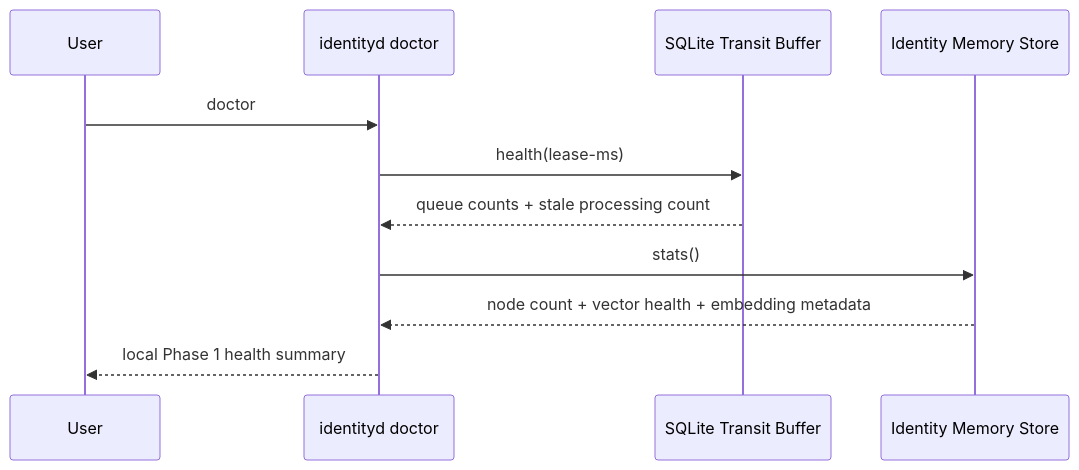
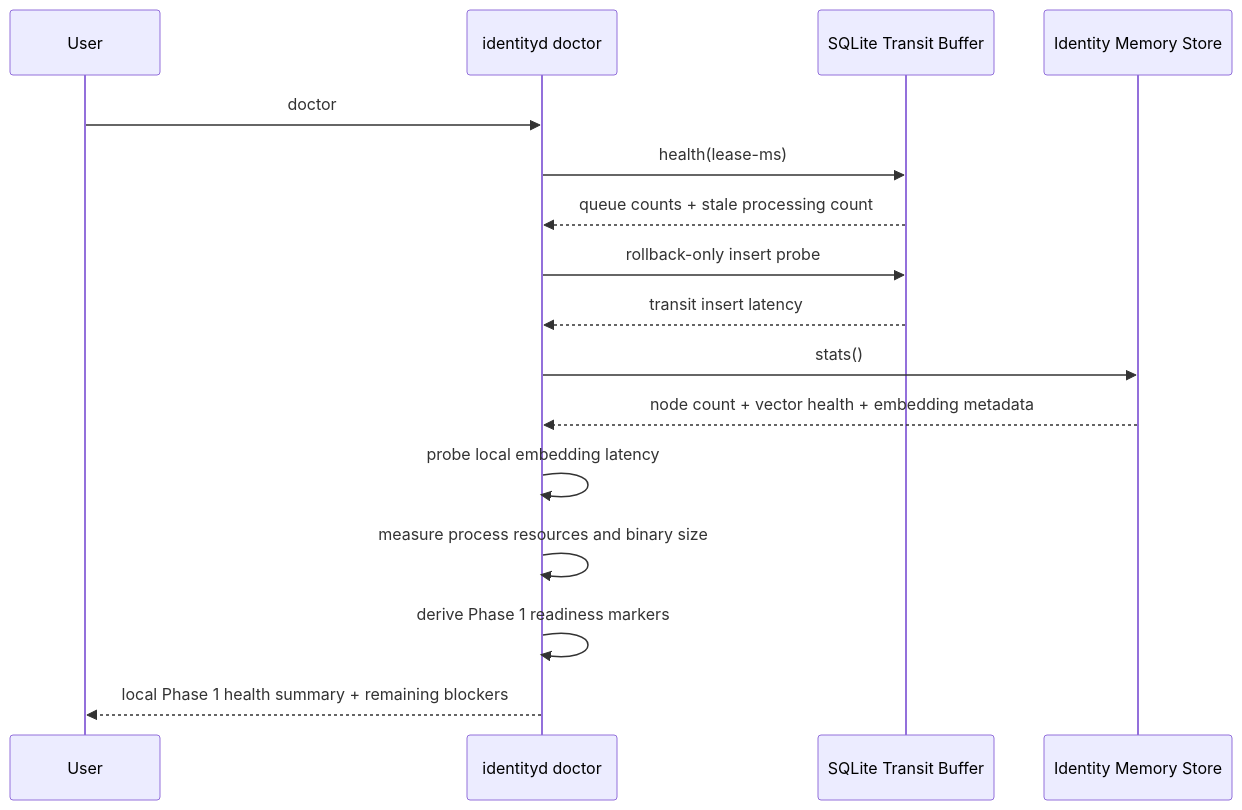
Before and after one commit to FiNdAlMkSkInDaL/Identity: diagram 13 of 15 in docs/system-map.md, drawn with Mermaid. The commit also changed other lines of this file and 16 other files, not shown here.

Commit message:
Add Phase 1 resource and embedding budget probes

````diff
--- a/docs/system-map.md
+++ b/docs/system-map.md
@@ -393,14 +404,19 @@
 ```mermaid
 sequenceDiagram
     participant User
     participant CLI as identityd doctor
     participant Transit as SQLite Transit Buffer
     participant Memory as Identity Memory Store
 
     User->>CLI: doctor
     CLI->>Transit: health(lease-ms)
     Transit-->>CLI: queue counts + stale processing count
+    CLI->>Transit: rollback-only insert probe
+    Transit-->>CLI: transit insert latency
     CLI->>Memory: stats()
     Memory-->>CLI: node count + vector health + embedding metadata
-    CLI-->>User: local Phase 1 health summary
+    CLI->>CLI: probe local embedding latency
+    CLI->>CLI: measure process resources and binary size
+    CLI->>CLI: derive Phase 1 readiness markers
+    CLI-->>User: local Phase 1 health summary + remaining blockers
 ```
````
